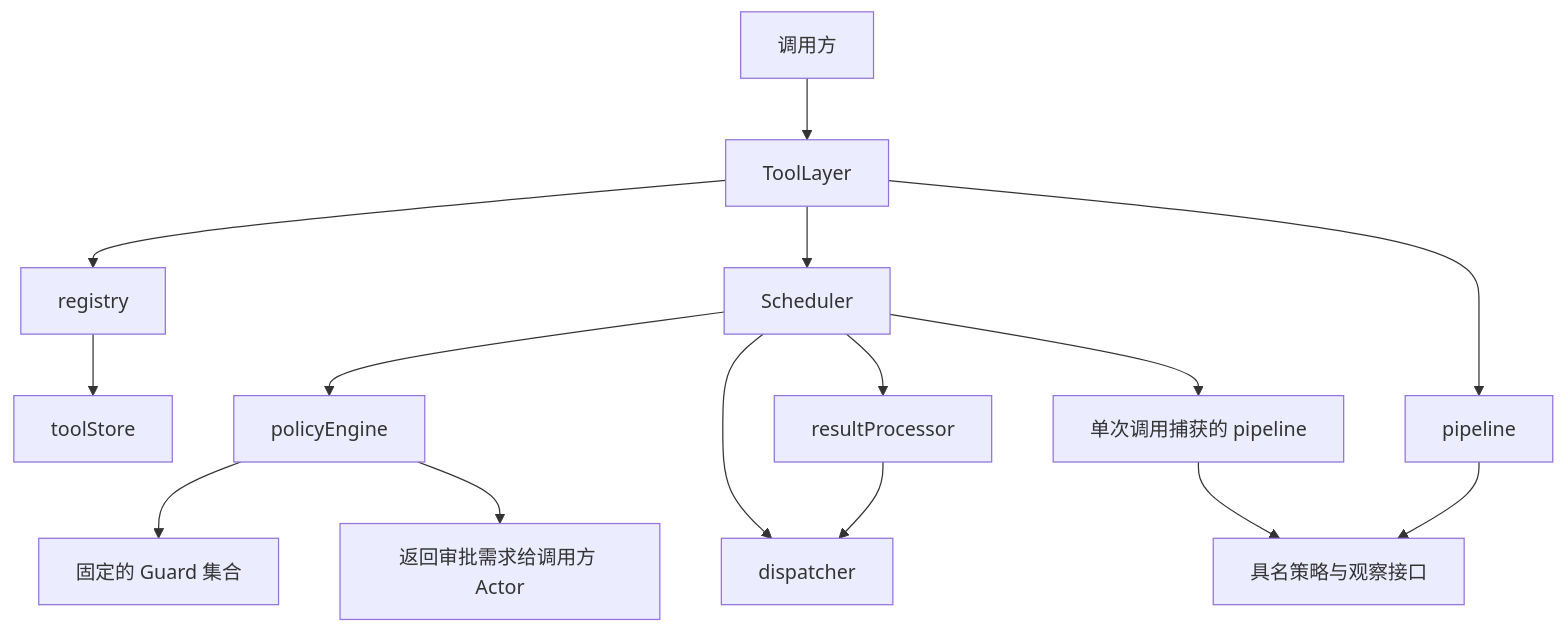
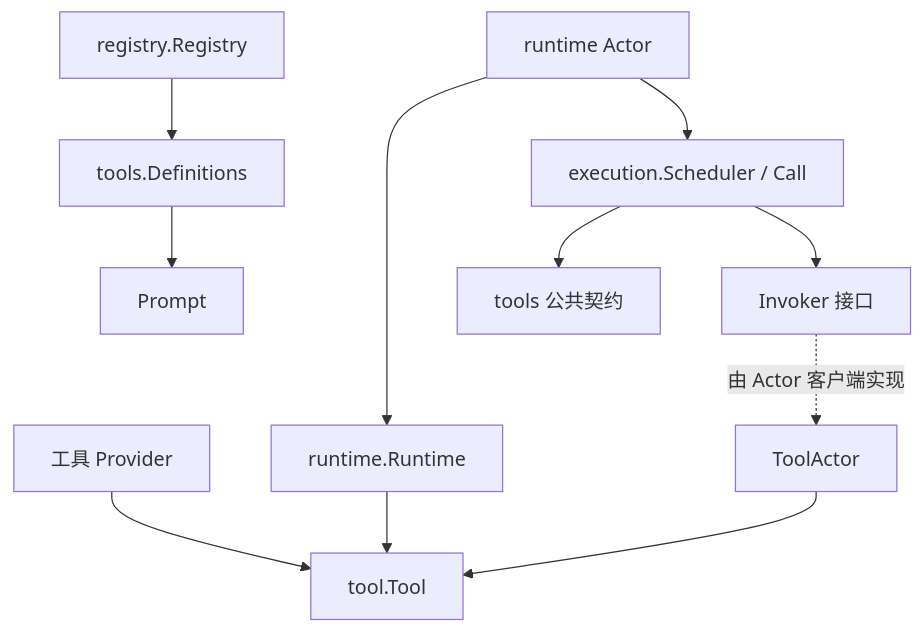
One commit to gorenx/goren changed the diagram in tools/README.zh-CN.md. Above: the diagram before and after it, drawn with Mermaid. The commit also changed other lines of this file and 10 other files, not shown here.

````diff
--- a/tools/README.zh-CN.md
+++ b/tools/README.zh-CN.md
@@ -32,17 +19,13 @@
 ```mermaid
 flowchart TD
-    Caller[调用方] --> Layer[ToolLayer]
-    Layer --> Registry[registry]
-    Registry --> Store[toolStore]
-    Layer --> Runtime[Scheduler]
-    Layer --> Pipeline[pipeline]
-    Runtime --> Policy[policyEngine]
-    Runtime --> Dispatch[dispatcher]
-    Runtime --> Result[resultProcessor]
-    Policy --> Guards[固定的 Guard 集合]
-    Runtime --> Snapshot[单次调用捕获的 pipeline]
-    Snapshot --> Ports
-    Result --> Dispatch
-    Pipeline --> Ports[具名策略与观察接口]
-    Policy --> Approval[返回审批需求给调用方 Actor]
+    Provider[工具 Provider] --> Tool[tool.Tool]
+    Registry[registry.Registry] --> Definitions[tools.Definitions]
+    Definitions --> Prompt[Prompt]
+    Runtime[runtime.Runtime] --> Tool
+    Adapter[runtime Actor] --> Runtime
+    Adapter --> Execution[execution.Scheduler / Call]
+    Execution --> Contracts[tools 公共契约]
+    Execution --> Port[Invoker 接口]
+    Port -.由 Actor 客户端实现.-> ToolActor[ToolActor]
+    ToolActor --> Tool
 ```
````
